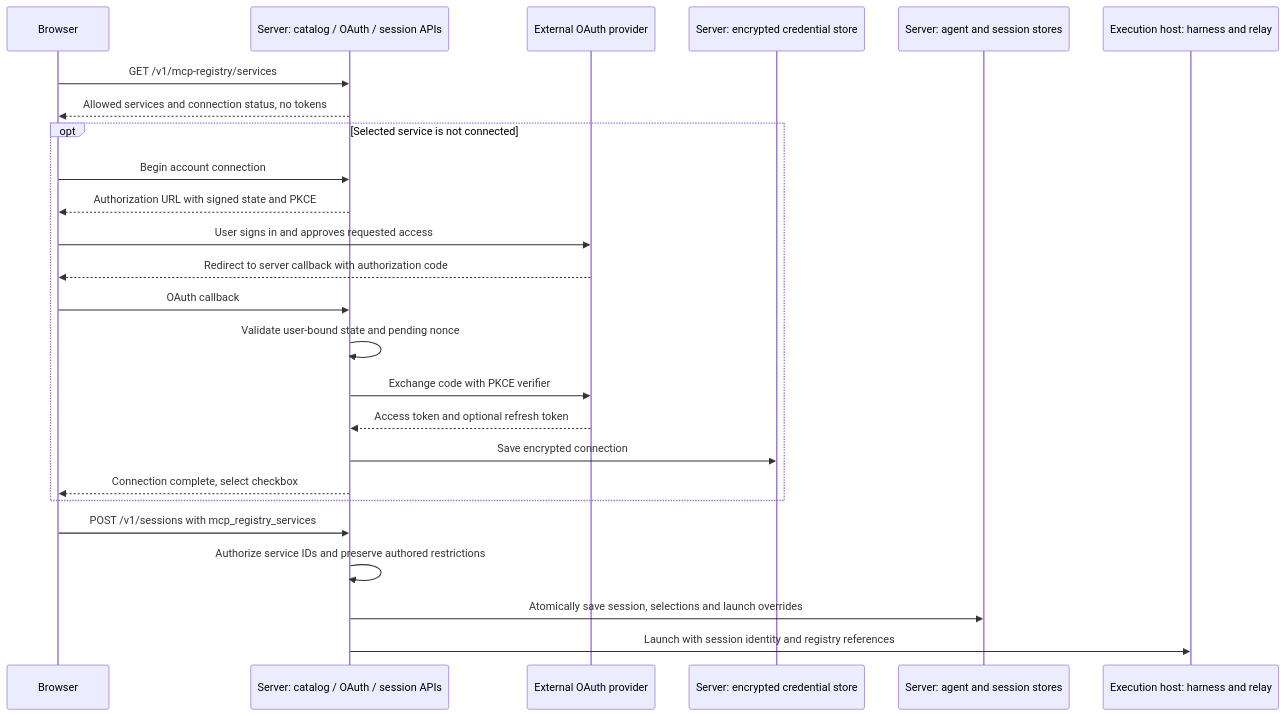
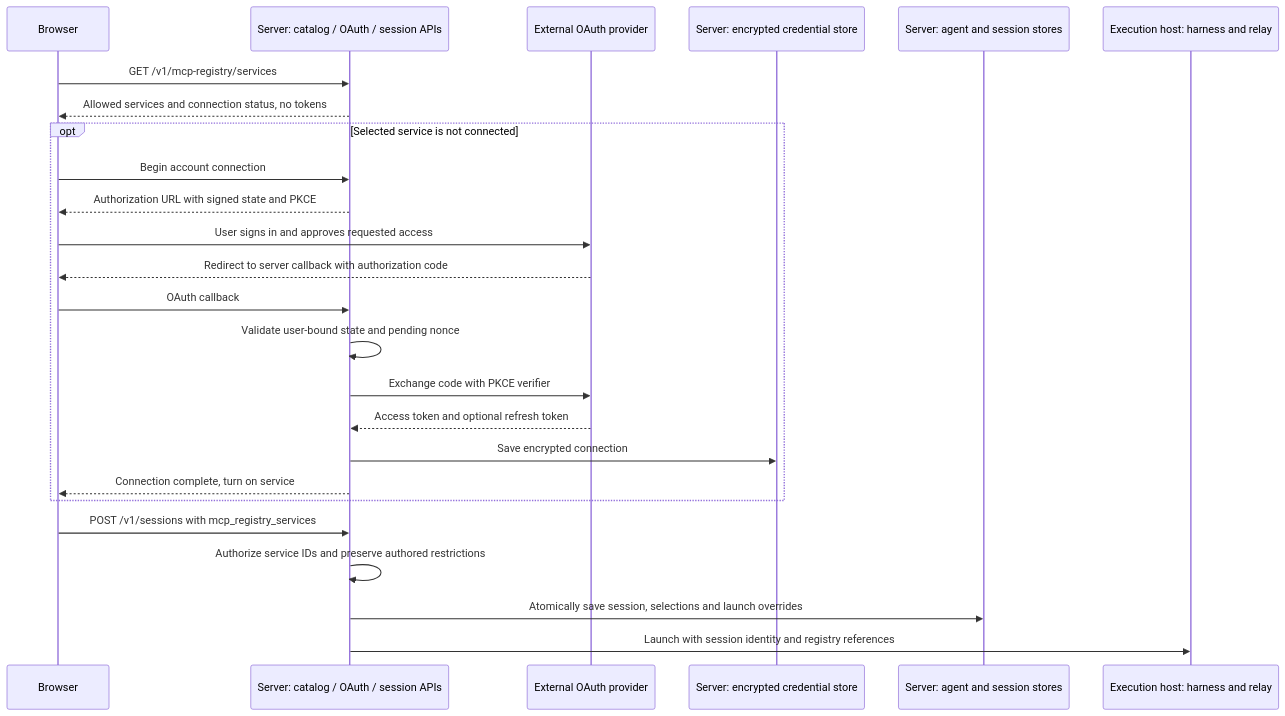
The second of 9 diagrams in designs/MCP_REGISTRY_GATEWAY.md (omnigent-ai/omnigent), drawn with Mermaid before and after one commit. The commit also changed other lines of this file and 12 other files, not shown here.

````diff
--- a/designs/MCP_REGISTRY_GATEWAY.md
+++ b/designs/MCP_REGISTRY_GATEWAY.md
@@ -89,27 +89,27 @@
 ```mermaid
 sequenceDiagram
   participant B as Browser
   participant S as Server: catalog / OAuth / session APIs
   participant O as External OAuth provider
   participant C as Server: encrypted credential store
   participant A as Server: agent and session stores
   participant H as Execution host: harness and relay
   B->>S: GET /v1/mcp-registry/services
   S-->>B: Allowed services and connection status, no tokens
   opt Selected service is not connected
     B->>S: Begin account connection
     S-->>B: Authorization URL with signed state and PKCE
     B->>O: User signs in and approves requested access
     O-->>B: Redirect to server callback with authorization code
     B->>S: OAuth callback
     S->>S: Validate user-bound state and pending nonce
     S->>O: Exchange code with PKCE verifier
     O-->>S: Access token and optional refresh token
     S->>C: Save encrypted connection
-    S-->>B: Connection complete, select checkbox
+    S-->>B: Connection complete, turn on service
   end
   B->>S: POST /v1/sessions with mcp_registry_services
   S->>S: Authorize service IDs and preserve authored restrictions
   S->>A: Atomically save session, selections and launch overrides
   S->>H: Launch with session identity and registry references
 ```
````
